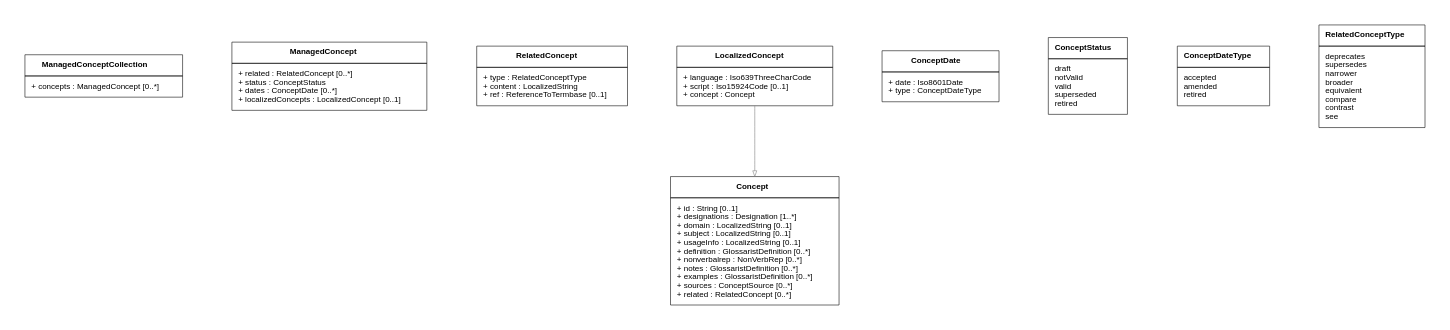
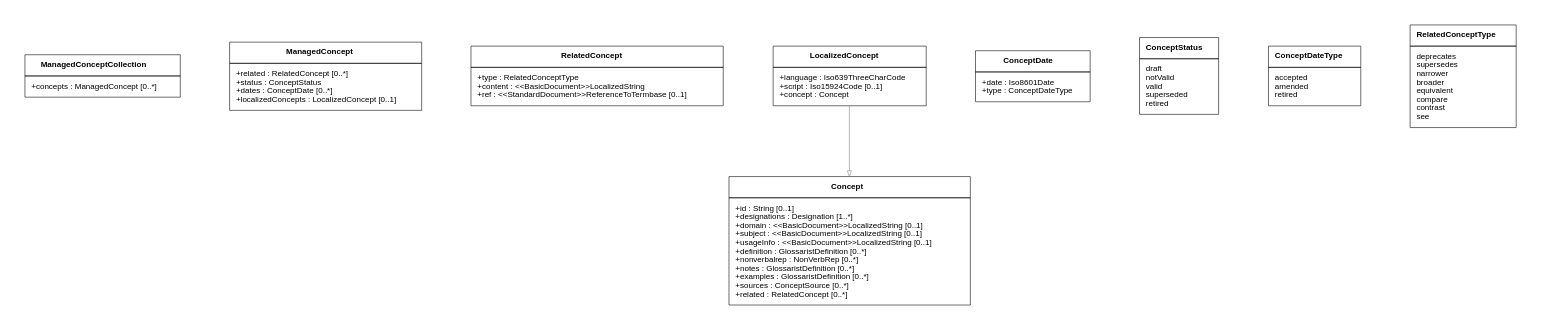
The diagram in lutaml/ManagedConcepts.dot (glossarist/concept-model), drawn with Graphviz before and after one commit. The commit also changed 7 other files, not shown here.

```diff
--- a/lutaml/ManagedConcepts.dot
+++ b/lutaml/ManagedConcepts.dot
@@ -1,191 +1,191 @@
 digraph G {
   graph [splines="ortho" pad=0.5 ranksep="1.2.equally" nodesep="1.2.equally"]
   edge [color="gray50"]
   node [shape="box" fontname="Helvetica-bold"]
 
   ManagedConceptCollection [shape="plain" fontname="Helvetica" label=<
     <TABLE BORDER="0" CELLBORDER="1" CELLSPACING="0" CELLPADDING="10">
     <TR>
     <TD><B>ManagedConceptCollection</B></TD>
   </TR>
   
   <TR>
     <TD>
           <TABLE BORDER="0" CELLPADDING="0" CELLSPACING="0">
-            <TR><TD ALIGN="LEFT">+ concepts : ManagedConcept &#91;0..*&#93;</TD></TR>
+            <TR><TD ALIGN="LEFT">+concepts : ManagedConcept &#91;0..*&#93;</TD></TR>
           </TABLE>
         </TD>
   </TR>
   
   </TABLE>
   >]
   
   ManagedConcept [shape="plain" fontname="Helvetica" label=<
     <TABLE BORDER="0" CELLBORDER="1" CELLSPACING="0" CELLPADDING="10">
     <TR>
     <TD><B>ManagedConcept</B></TD>
   </TR>
   
   <TR>
     <TD>
           <TABLE BORDER="0" CELLPADDING="0" CELLSPACING="0">
-            <TR><TD ALIGN="LEFT">+ related : RelatedConcept &#91;0..*&#93;</TD></TR>
-            <TR><TD ALIGN="LEFT">+ status : ConceptStatus</TD></TR>
-            <TR><TD ALIGN="LEFT">+ dates : ConceptDate &#91;0..*&#93;</TD></TR>
-            <TR><TD ALIGN="LEFT">+ localizedConcepts : LocalizedConcept &#91;0..1&#93;</TD></TR>
+            <TR><TD ALIGN="LEFT">+related : RelatedConcept &#91;0..*&#93;</TD></TR>
+            <TR><TD ALIGN="LEFT">+status : ConceptStatus</TD></TR>
+            <TR><TD ALIGN="LEFT">+dates : ConceptDate &#91;0..*&#93;</TD></TR>
+            <TR><TD ALIGN="LEFT">+localizedConcepts : LocalizedConcept &#91;0..1&#93;</TD></TR>
           </TABLE>
         </TD>
   </TR>
   
   </TABLE>
   >]
   
   RelatedConcept [shape="plain" fontname="Helvetica" label=<
     <TABLE BORDER="0" CELLBORDER="1" CELLSPACING="0" CELLPADDING="10">
     <TR>
     <TD><B>RelatedConcept</B></TD>
   </TR>
   
   <TR>
     <TD>
           <TABLE BORDER="0" CELLPADDING="0" CELLSPACING="0">
-            <TR><TD ALIGN="LEFT">+ type : RelatedConceptType</TD></TR>
-            <TR><TD ALIGN="LEFT">+ content : LocalizedString</TD></TR>
-            <TR><TD ALIGN="LEFT">+ ref : ReferenceToTermbase &#91;0..1&#93;</TD></TR>
+            <TR><TD ALIGN="LEFT">+type : RelatedConceptType</TD></TR>
+            <TR><TD ALIGN="LEFT">+content : &#60;&#60;BasicDocument&#62;&#62;LocalizedString</TD></TR>
+            <TR><TD ALIGN="LEFT">+ref : &#60;&#60;StandardDocument&#62;&#62;ReferenceToTermbase &#91;0..1&#93;</TD></TR>
           </TABLE>
         </TD>
   </TR>
   
   </TABLE>
   >]
   
   LocalizedConcept [shape="plain" fontname="Helvetica" label=<
     <TABLE BORDER="0" CELLBORDER="1" CELLSPACING="0" CELLPADDING="10">
     <TR>
     <TD><B>LocalizedConcept</B></TD>
   </TR>
   
   <TR>
     <TD>
           <TABLE BORDER="0" CELLPADDING="0" CELLSPACING="0">
-            <TR><TD ALIGN="LEFT">+ language : Iso639ThreeCharCode</TD></TR>
-            <TR><TD ALIGN="LEFT">+ script : Iso15924Code &#91;0..1&#93;</TD></TR>
-            <TR><TD ALIGN="LEFT">+ concept : Concept</TD></TR>
+            <TR><TD ALIGN="LEFT">+language : Iso639ThreeCharCode</TD></TR>
+            <TR><TD ALIGN="LEFT">+script : Iso15924Code &#91;0..1&#93;</TD></TR>
+            <TR><TD ALIGN="LEFT">+concept : Concept</TD></TR>
           </TABLE>
         </TD>
   </TR>
   
   </TABLE>
   >]
   
   Concept [shape="plain" fontname="Helvetica" label=<
     <TABLE BORDER="0" CELLBORDER="1" CELLSPACING="0" CELLPADDING="10">
     <TR>
     <TD><B>Concept</B></TD>
   </TR>
   
   <TR>
     <TD>
           <TABLE BORDER="0" CELLPADDING="0" CELLSPACING="0">
-            <TR><TD ALIGN="LEFT">+ id : String &#91;0..1&#93;</TD></TR>
-            <TR><TD ALIGN="LEFT">+ designations : Designation &#91;1..*&#93;</TD></TR>
-            <TR><TD ALIGN="LEFT">+ domain : LocalizedString &#91;0..1&#93;</TD></TR>
-            <TR><TD ALIGN="LEFT">+ subject : LocalizedString &#91;0..1&#93;</TD></TR>
-            <TR><TD ALIGN="LEFT">+ usageInfo : LocalizedString &#91;0..1&#93;</TD></TR>
-            <TR><TD ALIGN="LEFT">+ definition : GlossaristDefinition &#91;0..*&#93;</TD></TR>
-            <TR><TD ALIGN="LEFT">+ nonverbalrep : NonVerbRep &#91;0..*&#93;</TD></TR>
-            <TR><TD ALIGN="LEFT">+ notes : GlossaristDefinition &#91;0..*&#93;</TD></TR>
-            <TR><TD ALIGN="LEFT">+ examples : GlossaristDefinition &#91;0..*&#93;</TD></TR>
-            <TR><TD ALIGN="LEFT">+ sources : ConceptSource &#91;0..*&#93;</TD></TR>
-            <TR><TD ALIGN="LEFT">+ related : RelatedConcept &#91;0..*&#93;</TD></TR>
+            <TR><TD ALIGN="LEFT">+id : String &#91;0..1&#93;</TD></TR>
+            <TR><TD ALIGN="LEFT">+designations : Designation &#91;1..*&#93;</TD></TR>
+            <TR><TD ALIGN="LEFT">+domain : &#60;&#60;BasicDocument&#62;&#62;LocalizedString &#91;0..1&#93;</TD></TR>
+            <TR><TD ALIGN="LEFT">+subject : &#60;&#60;BasicDocument&#62;&#62;LocalizedString &#91;0..1&#93;</TD></TR>
+            <TR><TD ALIGN="LEFT">+usageInfo : &#60;&#60;BasicDocument&#62;&#62;LocalizedString &#91;0..1&#93;</TD></TR>
+            <TR><TD ALIGN="LEFT">+definition : GlossaristDefinition &#91;0..*&#93;</TD></TR>
+            <TR><TD ALIGN="LEFT">+nonverbalrep : NonVerbRep &#91;0..*&#93;</TD></TR>
+            <TR><TD ALIGN="LEFT">+notes : GlossaristDefinition &#91;0..*&#93;</TD></TR>
+            <TR><TD ALIGN="LEFT">+examples : GlossaristDefinition &#91;0..*&#93;</TD></TR>
+            <TR><TD ALIGN="LEFT">+sources : ConceptSource &#91;0..*&#93;</TD></TR>
+            <TR><TD ALIGN="LEFT">+related : RelatedConcept &#91;0..*&#93;</TD></TR>
           </TABLE>
         </TD>
   </TR>
   
   </TABLE>
   >]
   
   ConceptDate [shape="plain" fontname="Helvetica" label=<
     <TABLE BORDER="0" CELLBORDER="1" CELLSPACING="0" CELLPADDING="10">
     <TR>
     <TD><B>ConceptDate</B></TD>
   </TR>
   
   <TR>
     <TD>
           <TABLE BORDER="0" CELLPADDING="0" CELLSPACING="0">
-            <TR><TD ALIGN="LEFT">+ date : Iso8601Date</TD></TR>
-            <TR><TD ALIGN="LEFT">+ type : ConceptDateType</TD></TR>
+            <TR><TD ALIGN="LEFT">+date : Iso8601Date</TD></TR>
+            <TR><TD ALIGN="LEFT">+type : ConceptDateType</TD></TR>
           </TABLE>
         </TD>
   </TR>
   
   </TABLE>
   >]
   
   ConceptStatus [shape="plain" fontname="Helvetica" label=<
     <TABLE BORDER="0" CELLBORDER="1" CELLSPACING="0" CELLPADDING="10">
     <TR>
     <TD><B>ConceptStatus</B></TD>
   </TR>
   
   <TR>
     <TD>
           <TABLE BORDER="0" CELLPADDING="0" CELLSPACING="0">
-            <TR><TD ALIGN="LEFT"> draft</TD></TR>
-            <TR><TD ALIGN="LEFT"> notValid</TD></TR>
-            <TR><TD ALIGN="LEFT"> valid</TD></TR>
-            <TR><TD ALIGN="LEFT"> superseded</TD></TR>
-            <TR><TD ALIGN="LEFT"> retired</TD></TR>
+            <TR><TD ALIGN="LEFT">draft</TD></TR>
+            <TR><TD ALIGN="LEFT">notValid</TD></TR>
+            <TR><TD ALIGN="LEFT">valid</TD></TR>
+            <TR><TD ALIGN="LEFT">superseded</TD></TR>
+            <TR><TD ALIGN="LEFT">retired</TD></TR>
           </TABLE>
         </TD>
   </TR>
   
   </TABLE>
   >]
   
   ConceptDateType [shape="plain" fontname="Helvetica" label=<
     <TABLE BORDER="0" CELLBORDER="1" CELLSPACING="0" CELLPADDING="10">
     <TR>
     <TD><B>ConceptDateType</B></TD>
   </TR>
   
   <TR>
     <TD>
           <TABLE BORDER="0" CELLPADDING="0" CELLSPACING="0">
-            <TR><TD ALIGN="LEFT"> accepted</TD></TR>
-            <TR><TD ALIGN="LEFT"> amended</TD></TR>
-            <TR><TD ALIGN="LEFT"> retired</TD></TR>
+            <TR><TD ALIGN="LEFT">accepted</TD></TR>
+            <TR><TD ALIGN="LEFT">amended</TD></TR>
+            <TR><TD ALIGN="LEFT">retired</TD></TR>
           </TABLE>
         </TD>
   </TR>
   
   </TABLE>
   >]
   
   RelatedConceptType [shape="plain" fontname="Helvetica" label=<
     <TABLE BORDER="0" CELLBORDER="1" CELLSPACING="0" CELLPADDING="10">
     <TR>
     <TD><B>RelatedConceptType</B></TD>
   </TR>
   
   <TR>
     <TD>
           <TABLE BORDER="0" CELLPADDING="0" CELLSPACING="0">
-            <TR><TD ALIGN="LEFT"> deprecates</TD></TR>
-            <TR><TD ALIGN="LEFT"> supersedes</TD></TR>
-            <TR><TD ALIGN="LEFT"> narrower</TD></TR>
-            <TR><TD ALIGN="LEFT"> broader</TD></TR>
-            <TR><TD ALIGN="LEFT"> equivalent</TD></TR>
-            <TR><TD ALIGN="LEFT"> compare</TD></TR>
-            <TR><TD ALIGN="LEFT"> contrast</TD></TR>
-            <TR><TD ALIGN="LEFT"> see</TD></TR>
+            <TR><TD ALIGN="LEFT">deprecates</TD></TR>
+            <TR><TD ALIGN="LEFT">supersedes</TD></TR>
+            <TR><TD ALIGN="LEFT">narrower</TD></TR>
+            <TR><TD ALIGN="LEFT">broader</TD></TR>
+            <TR><TD ALIGN="LEFT">equivalent</TD></TR>
+            <TR><TD ALIGN="LEFT">compare</TD></TR>
+            <TR><TD ALIGN="LEFT">contrast</TD></TR>
+            <TR><TD ALIGN="LEFT">see</TD></TR>
           </TABLE>
         </TD>
   </TR>
   
   </TABLE>
   >]
 
   LocalizedConcept -> Concept [dir="direct" arrowtail="onormal" arrowhead="onormal"]
 }
```
